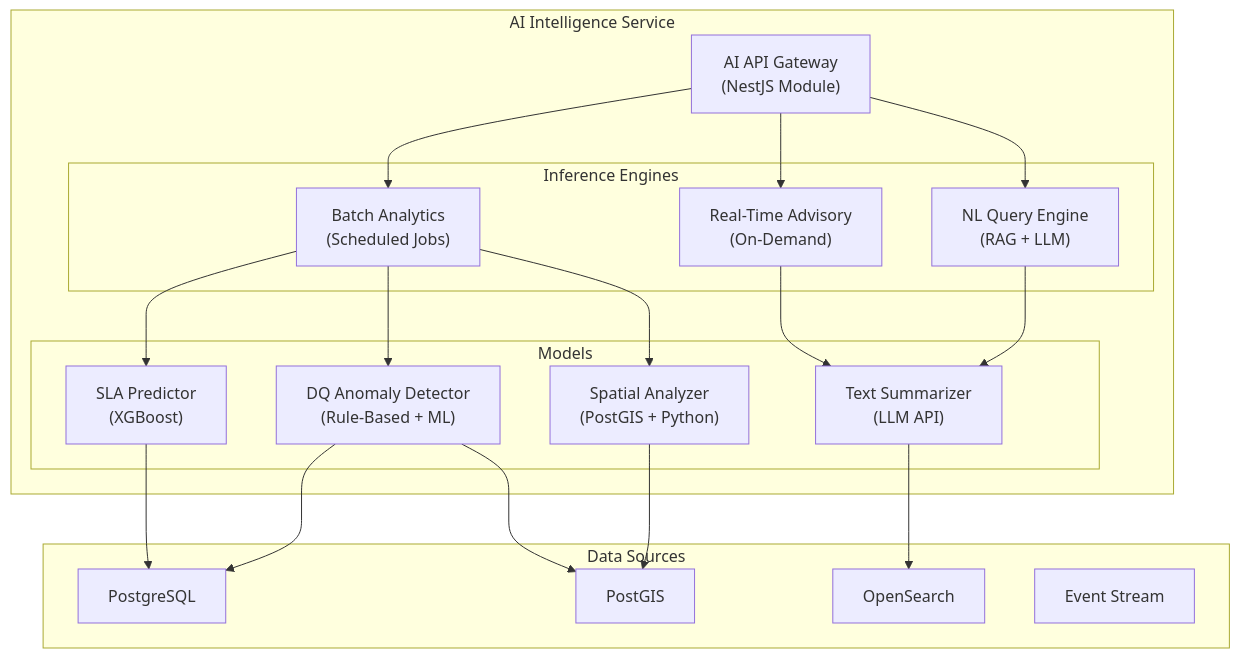
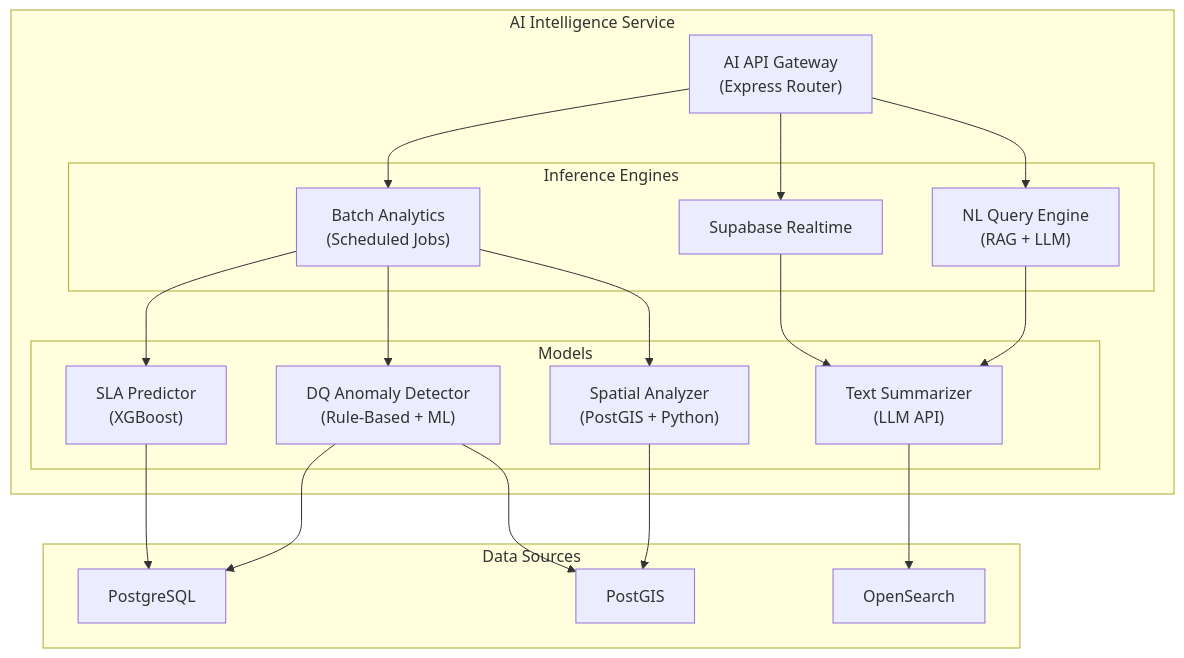
The second of 2 diagrams in docs/main-docs/AI_INTELLIGENCE_ARCHITECTURE.md (Abhishekgujar28/LAND-STACK), drawn with Mermaid before and after one commit. The commit also changed other lines of this file and 53 other files, not shown here.

````diff
--- a/docs/main-docs/AI_INTELLIGENCE_ARCHITECTURE.md
+++ b/docs/main-docs/AI_INTELLIGENCE_ARCHITECTURE.md
@@ -221,42 +223,42 @@
 ```mermaid
 graph TD
     subgraph "AI Intelligence Service"
-        API_AI["AI API Gateway<br/>(NestJS Module)"]
+        API_AI["AI API Gateway<br/>(Express Router)"]
         
         subgraph "Inference Engines"
             BATCH["Batch Analytics<br/>(Scheduled Jobs)"]
             RT["Real-Time Advisory<br/>(On-Demand)"]
             NLQ_E["NL Query Engine<br/>(RAG + LLM)"]
         end
         
         subgraph "Models"
             SLA["SLA Predictor<br/>(XGBoost)"]
             DQ_MODEL["DQ Anomaly Detector<br/>(Rule-Based + ML)"]
             SUMMARIZER["Text Summarizer<br/>(LLM API)"]
             SPATIAL["Spatial Analyzer<br/>(PostGIS + Python)"]
         end
     end
 
     subgraph "Data Sources"
         PG["PostgreSQL"]
         OS["OpenSearch"]
         POSTGIS["PostGIS"]
-        KAFKA["Event Stream"]
+        RT["Supabase Realtime"]
     end
 
     API_AI --> BATCH
     API_AI --> RT
     API_AI --> NLQ_E
 
     BATCH --> SLA
     BATCH --> DQ_MODEL
     RT --> SUMMARIZER
     BATCH --> SPATIAL
     NLQ_E --> SUMMARIZER
 
     SLA --> PG
     DQ_MODEL --> PG
     DQ_MODEL --> POSTGIS
     SUMMARIZER --> OS
     SPATIAL --> POSTGIS
 ```
````
